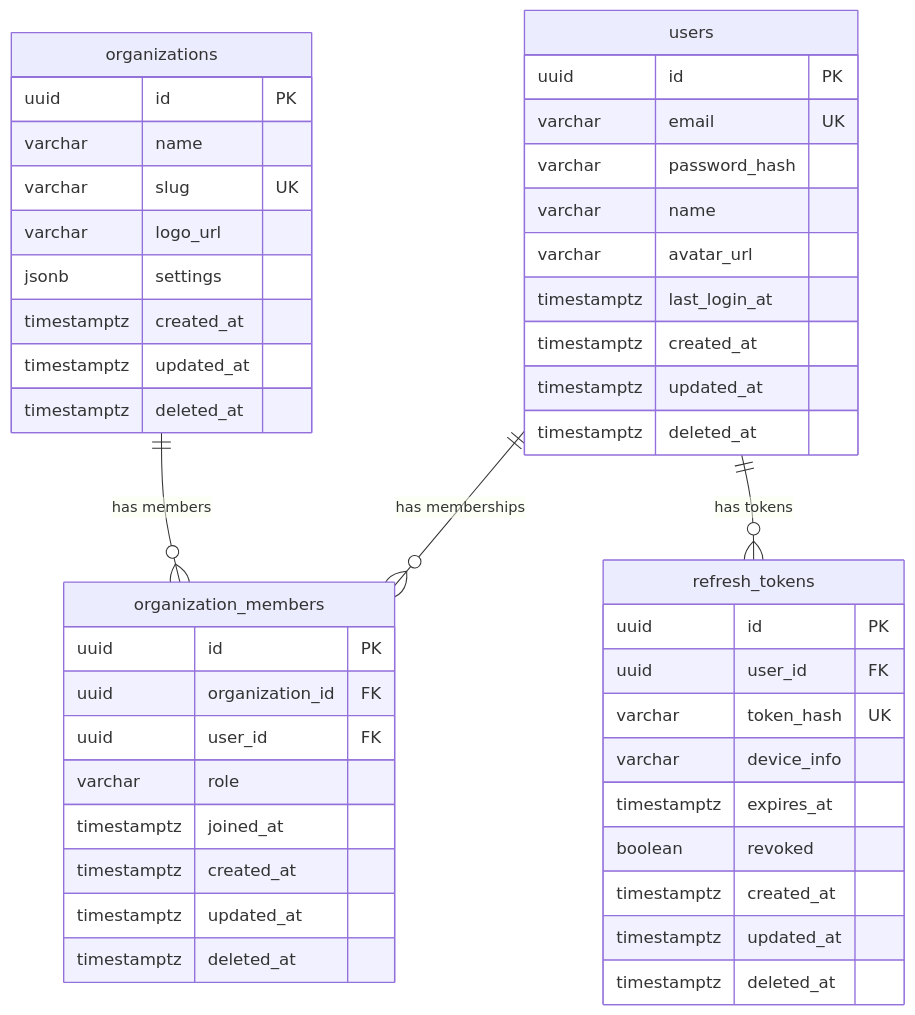
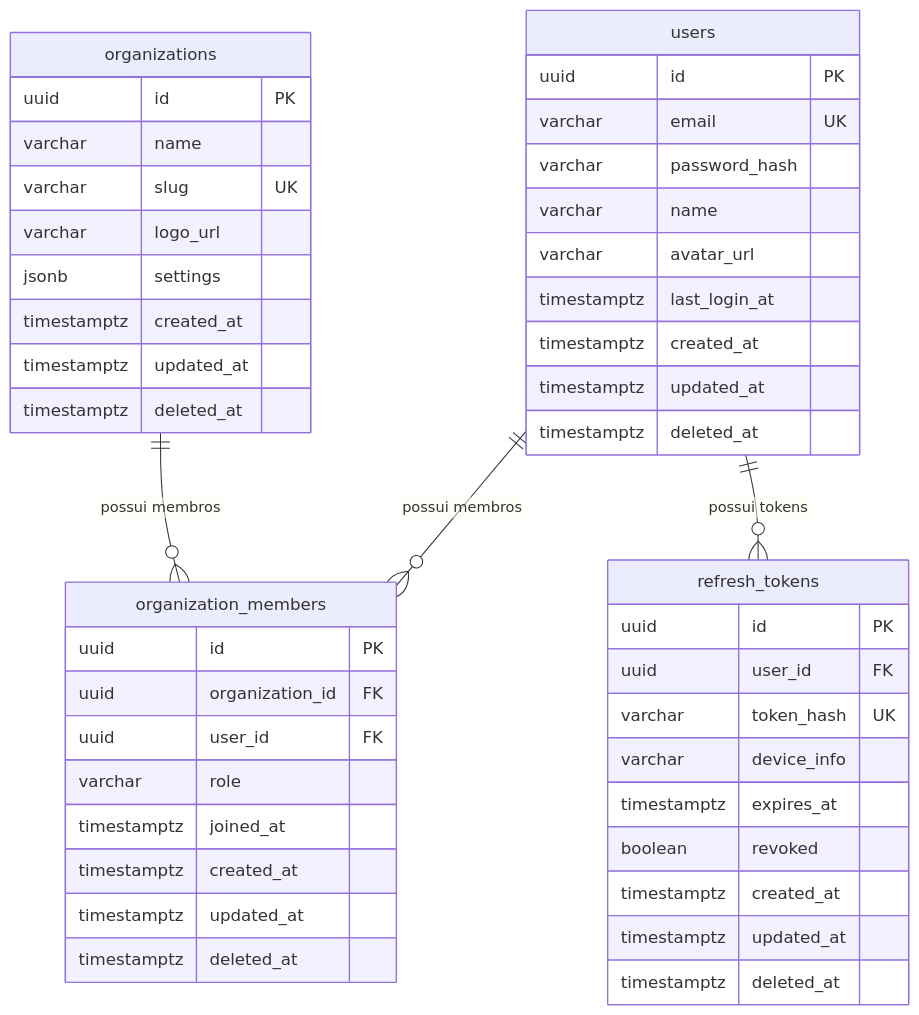
Before and after one commit to renatobardi/oute-main: the first of 8 diagrams in docs/database/schema-excalidraw.md, drawn with Mermaid. The commit also changed other lines of this file and 23 other files, not shown here.

````diff
--- a/docs/database/schema-excalidraw.md
+++ b/docs/database/schema-excalidraw.md
@@ -11,52 +11,52 @@
 ```mermaid
 erDiagram
     users {
         uuid id PK
         varchar email UK
         varchar password_hash
         varchar name
         varchar avatar_url
         timestamptz last_login_at
         timestamptz created_at
         timestamptz updated_at
         timestamptz deleted_at
     }
 
     organizations {
         uuid id PK
         varchar name
         varchar slug UK
         varchar logo_url
         jsonb settings
         timestamptz created_at
         timestamptz updated_at
         timestamptz deleted_at
     }
 
     organization_members {
         uuid id PK
         uuid organization_id FK
         uuid user_id FK
         varchar role
         timestamptz joined_at
         timestamptz created_at
         timestamptz updated_at
         timestamptz deleted_at
     }
 
     refresh_tokens {
         uuid id PK
         uuid user_id FK
         varchar token_hash UK
         varchar device_info
         timestamptz expires_at
         boolean revoked
         timestamptz created_at
         timestamptz updated_at
         timestamptz deleted_at
     }
 
-    users ||--o{ organization_members : "has memberships"
-    organizations ||--o{ organization_members : "has members"
-    users ||--o{ refresh_tokens : "has tokens"
+    users ||--o{ organization_members : "possui membros"
+    organizations ||--o{ organization_members : "possui membros"
+    users ||--o{ refresh_tokens : "possui tokens"
 ```
````
